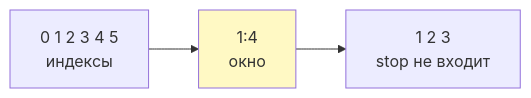
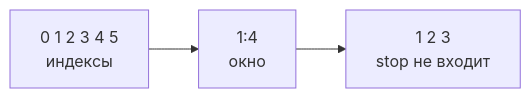
One commit to JayStorm228/College changed the first of 3 diagrams in 02_Курсы/01. Инженерные практики Python/01_Лекции/05. Срезы и объект slice.md. Above: the diagram before and after it, drawn with Mermaid. The commit also changed other lines of this file and 30 other files, not shown here.

First line of the commit message:
переименование NumPy лекций под академические заголовки + стандартные диаграммы

````diff
--- a/02_Курсы/01. Инженерные практики Python/01_Лекции/05. Срезы и объект slice.md
+++ b/02_Курсы/01. Инженерные практики Python/01_Лекции/05. Срезы и объект slice.md
@@ -28,6 +28,5 @@
 ```mermaid
 flowchart LR
   A[0 1 2 3 4 5<br>индексы] --> B[1:4<br>окно]
   B --> C[1 2 3<br>stop не входит]
-  style B fill:#fff9c4
 ```
````
